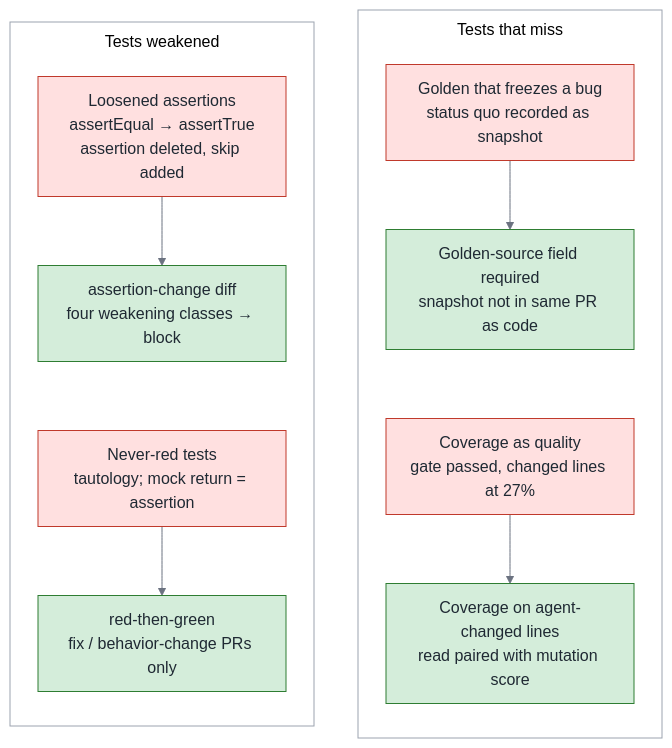
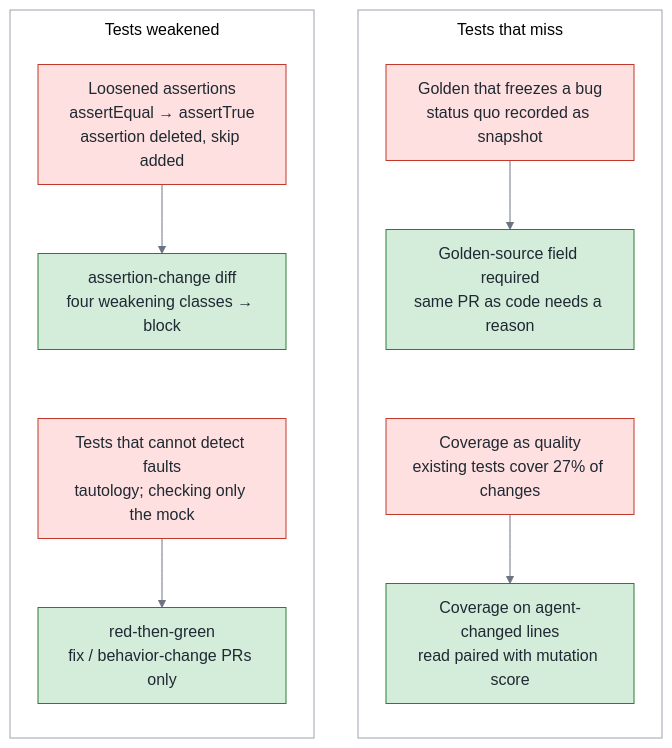
The first of 4 diagrams in 2026-10-green-testing/article.en.md (fantasybz/medium-articles), drawn with Mermaid before and after one commit. The commit also changed other lines of this file and 93 other files, not shown here.

````diff
--- a/2026-10-green-testing/article.en.md
+++ b/2026-10-green-testing/article.en.md
@@ -66,46 +66,46 @@
 ```mermaid
 ---
 config:
   theme: base
   themeVariables:
     fontSize: 16px
     primaryColor: "#f8f9fa"
     primaryTextColor: "#1f2933"
     primaryBorderColor: "#6b7280"
     lineColor: "#6b7280"
     secondaryColor: "#f8f9fa"
     tertiaryColor: "#ffffff"
     clusterBkg: "#ffffff"
     clusterBorder: "#9ca3af"
     edgeLabelBackground: "#ffffff"
   flowchart:
     nodeSpacing: 36
     rankSpacing: 44
     padding: 12
     htmlLabels: true
     subGraphTitleMargin:
       top: 8
       bottom: 12
     curve: basis
 ---
 flowchart LR
     classDef own fill:#d4edda,stroke:#2e7d32,color:#1f2933
     classDef buy fill:#fff3cd,stroke:#b8860b,color:#1f2933
     classDef bad fill:#ffe0e0,stroke:#c0392b,color:#1f2933
     classDef human fill:#e3f2fd,stroke:#1565c0,color:#1f2933
     subgraph a["Tests weakened"]
         direction TB
         A1["Loosened assertions<br/>assertEqual → assertTrue<br/>assertion deleted, skip added"] --> C1["assertion-change diff<br/>four weakening classes → block"]
-        C1 ~~~ A2["Never-red tests<br/>tautology; mock return = assertion"]
+        C1 ~~~ A2["Tests that cannot detect faults<br/>tautology; checking only the mock"]
         A2 --> C2["red-then-green<br/>fix / behavior-change PRs only"]
     end
     subgraph b["Tests that miss"]
         direction TB
-        B1["Golden that freezes a bug<br/>status quo recorded as snapshot"] --> D1["Golden-source field required<br/>snapshot not in same PR as code"]
-        D1 ~~~ B2["Coverage as quality<br/>gate passed, changed lines at 27%"]
+        B1["Golden that freezes a bug<br/>status quo recorded as snapshot"] --> D1["Golden-source field required<br/>same PR as code needs a reason"]
+        D1 ~~~ B2["Coverage as quality<br/>existing tests cover 27% of changes"]
         B2 --> D2["Coverage on agent-changed lines<br/>read paired with mutation score"]
     end
     a ~~~ b
     class A1,A2,B1,B2 bad
     class C1,C2,D1,D2 own
 ```
````
